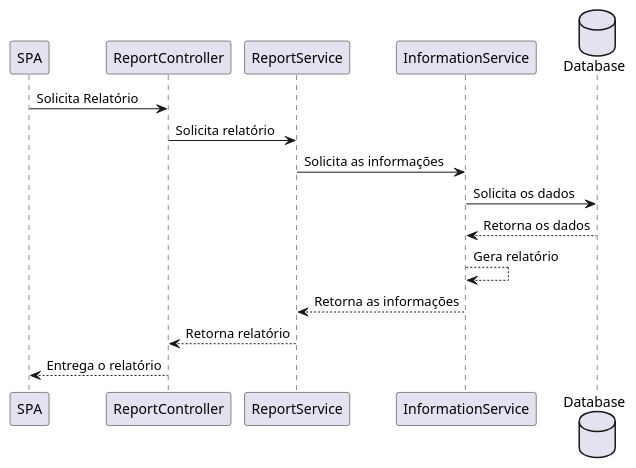
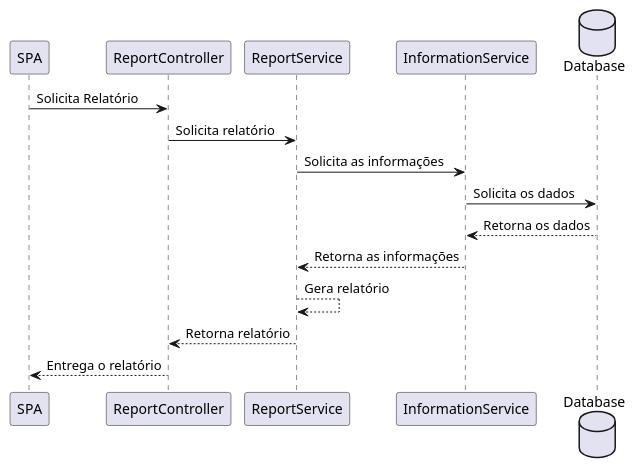
The diagram in sequence-diagram/report.plantuml (ruralgises/documentation), drawn with PlantUML before and after one commit.

```diff
--- a/sequence-diagram/report.plantuml
+++ b/sequence-diagram/report.plantuml
@@ -1,12 +1,12 @@
 @startuml
 SPA -> "ReportController" : Solicita Relatório
 "ReportController" -> "ReportService" : Solicita relatório
 "ReportService" -> "InformationService" : Solicita as informações
 database Database as Database
 "InformationService" -> Database : Solicita os dados
 Database --> "InformationService" : Retorna os dados
-"InformationService" --> "InformationService" : Gera relatório
 "InformationService" --> "ReportService" : Retorna as informações
+"ReportService" --> "ReportService" : Gera relatório
 "ReportService" --> "ReportController" : Retorna relatório 
 "ReportController" --> SPA : Entrega o relatório
 @enduml
```
